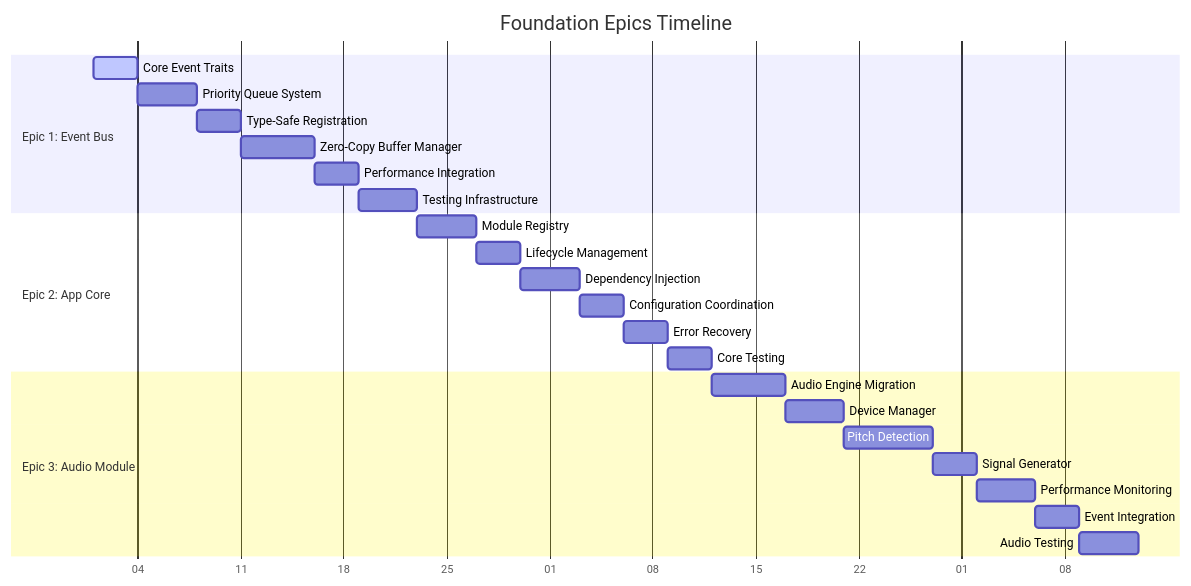
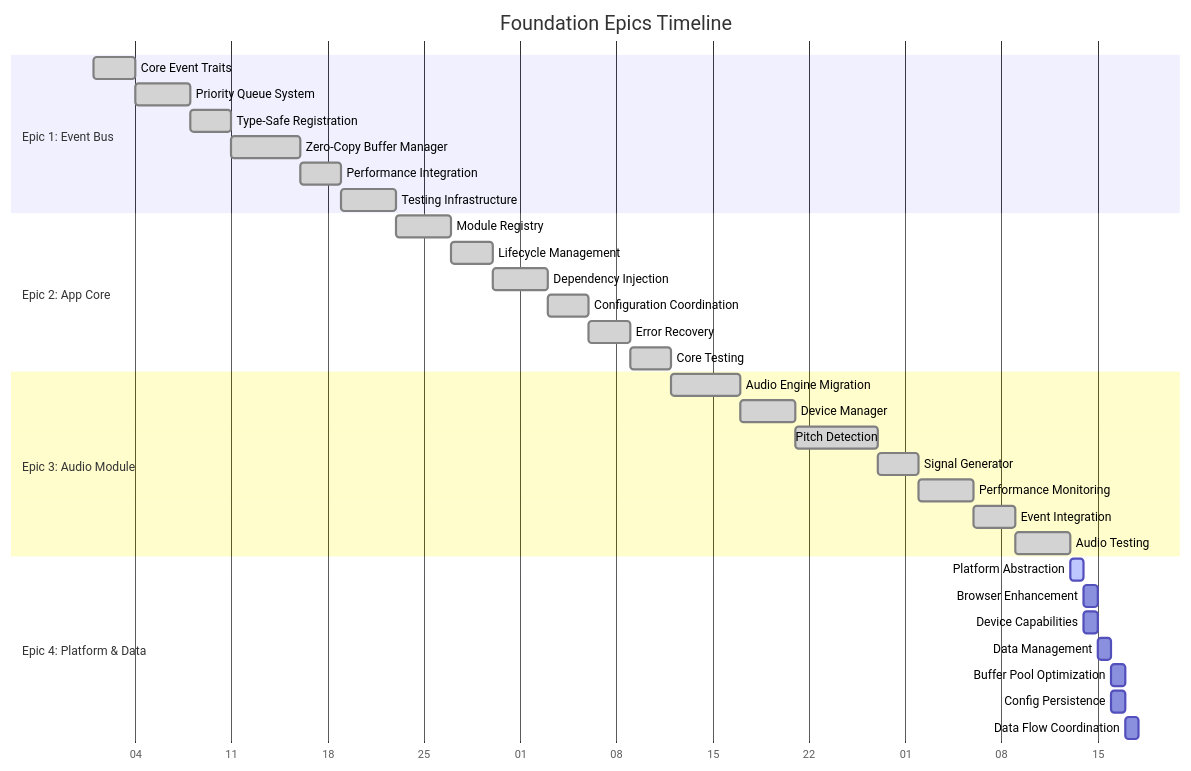
The diagram in docs/epics/modular-architecture-foundation-epics.md (mandersson1024/intonation-toy), drawn with Mermaid before and after one commit. The commit also changed other lines of this file and 1 other file, not shown here.

Commit message:
Create epic 004

````diff
--- a/docs/epics/modular-architecture-foundation-epics.md
+++ b/docs/epics/modular-architecture-foundation-epics.md
@@ -123,31 +159,40 @@
 ```mermaid
 gantt
     title Foundation Epics Timeline
     dateFormat X
     axisFormat %d
 
     section Epic 1: Event Bus
-    Core Event Traits           :active, e1s1, 0, 3d
-    Priority Queue System       :e1s2, after e1s1, 4d
-    Type-Safe Registration      :e1s3, after e1s2, 3d
-    Zero-Copy Buffer Manager    :e1s4, after e1s3, 5d
-    Performance Integration     :e1s5, after e1s4, 3d
-    Testing Infrastructure      :e1s6, after e1s5, 4d
+    Core Event Traits           :done, e1s1, 0, 3d
+    Priority Queue System       :done, e1s2, after e1s1, 4d
+    Type-Safe Registration      :done, e1s3, after e1s2, 3d
+    Zero-Copy Buffer Manager    :done, e1s4, after e1s3, 5d
+    Performance Integration     :done, e1s5, after e1s4, 3d
+    Testing Infrastructure      :done, e1s6, after e1s5, 4d
 
     section Epic 2: App Core
-    Module Registry             :e2s1, after e1s6, 4d
-    Lifecycle Management        :e2s2, after e2s1, 3d
-    Dependency Injection        :e2s3, after e2s2, 4d
-    Configuration Coordination  :e2s4, after e2s3, 3d
-    Error Recovery              :e2s5, after e2s4, 3d
-    Core Testing                :e2s6, after e2s5, 3d
+    Module Registry             :done, e2s1, after e1s6, 4d
+    Lifecycle Management        :done, e2s2, after e2s1, 3d
+    Dependency Injection        :done, e2s3, after e2s2, 4d
+    Configuration Coordination  :done, e2s4, after e2s3, 3d
+    Error Recovery              :done, e2s5, after e2s4, 3d
+    Core Testing                :done, e2s6, after e2s5, 3d
 
     section Epic 3: Audio Module
-    Audio Engine Migration      :e3s1, after e2s6, 5d
-    Device Manager              :e3s2, after e3s1, 4d
-    Pitch Detection             :e3s3, after e3s2, 6d
-    Signal Generator            :e3s4, after e3s3, 3d
-    Performance Monitoring      :e3s5, after e3s4, 4d
-    Event Integration           :e3s6, after e3s5, 3d
-    Audio Testing               :e3s7, after e3s6, 4d
+    Audio Engine Migration      :done, e3s1, after e2s6, 5d
+    Device Manager              :done, e3s2, after e3s1, 4d
+    Pitch Detection             :done, e3s3, after e3s2, 6d
+    Signal Generator            :done, e3s4, after e3s3, 3d
+    Performance Monitoring      :done, e3s5, after e3s4, 4d
+    Event Integration           :done, e3s6, after e3s5, 3d
+    Audio Testing               :done, e3s7, after e3s6, 4d
+
+    section Epic 4: Platform & Data
+    Platform Abstraction        :active, e4s1, after e3s7, 1d
+    Browser Enhancement         :e4s2, after e4s1, 1d
+    Device Capabilities         :e4s3, after e4s1, 1d
+    Data Management             :e4s4, after e4s2, 1d
+    Buffer Pool Optimization    :e4s5, after e4s4, 1d
+    Config Persistence          :e4s6, after e4s4, 1d
+    Data Flow Coordination      :e4s7, after e4s5, 1d
 ```
````
